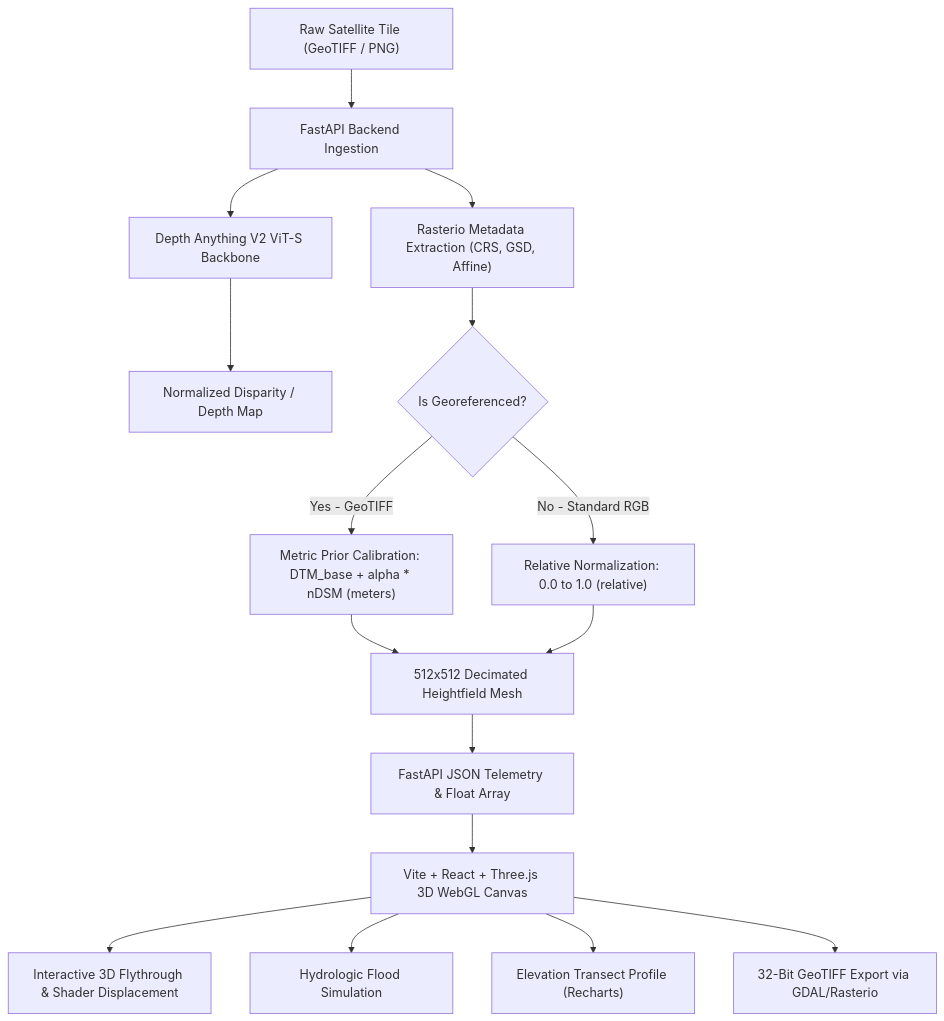
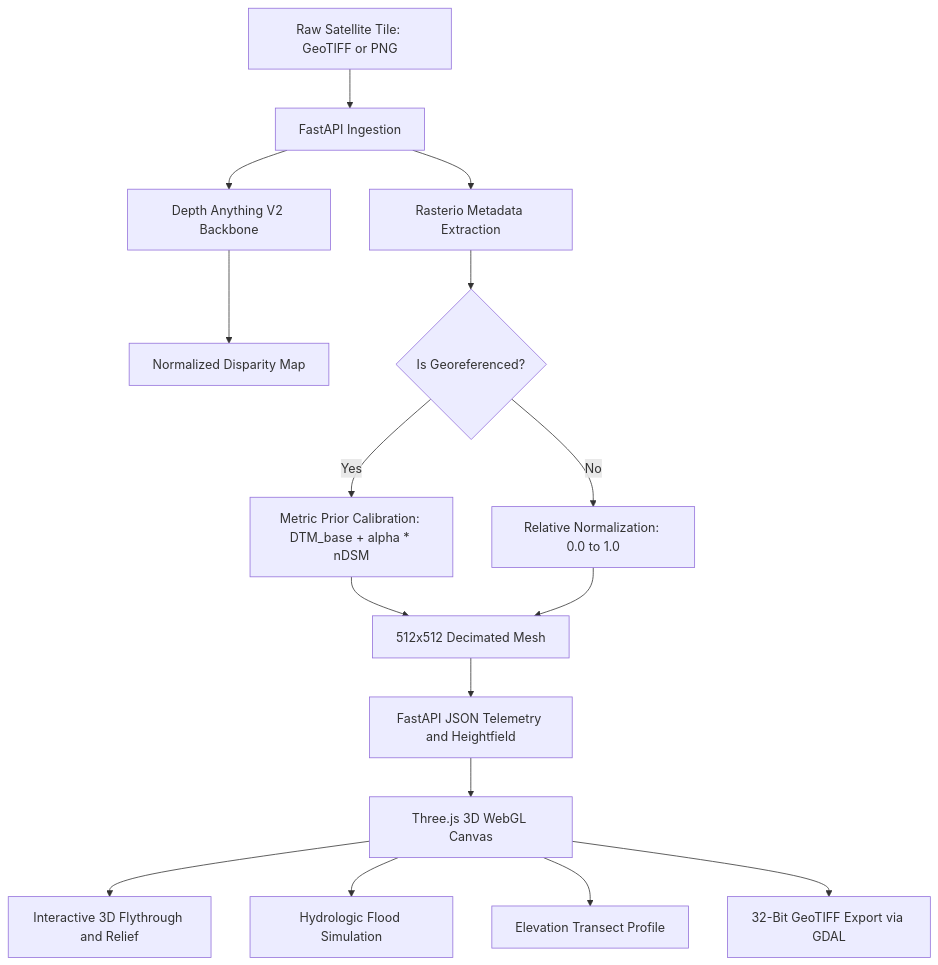
The diagram in README.md (rishabhahuja12/Depth-Wizard), drawn with Mermaid before and after one commit. The commit also changed other lines of this file and 2 other files, not shown here.

Commit message:
chore: add MIT LICENSE, de-index hackathon markers from README, and sanitize mermaid flowchart syntax

````diff
--- a/README.md
+++ b/README.md
@@ -31,18 +31,18 @@
 ```mermaid
 flowchart TD
-    A["Raw Satellite Tile (GeoTIFF / PNG)"] --> B["FastAPI Backend Ingestion"]
-    B --> C["Rasterio Metadata Extraction (CRS, GSD, Affine)"]
-    B --> D["Depth Anything V2 ViT-S Backbone"]
-    D --> E["Normalized Disparity / Depth Map"]
-    C --> F{"Is Georeferenced?"}
-    F -->|Yes - GeoTIFF| G["Metric Prior Calibration: DTM_base + alpha * nDSM (meters)"]
-    F -->|No - Standard RGB| H["Relative Normalization: 0.0 to 1.0 (relative)"]
-    G --> I["512x512 Decimated Heightfield Mesh"]
+    A["Raw Satellite Tile: GeoTIFF or PNG"] --> B["FastAPI Ingestion"]
+    B --> C["Rasterio Metadata Extraction"]
+    B --> D["Depth Anything V2 Backbone"]
+    D --> E["Normalized Disparity Map"]
+    C --> F{Is Georeferenced?}
+    F -->|Yes| G["Metric Prior Calibration: DTM_base + alpha * nDSM"]
+    F -->|No| H["Relative Normalization: 0.0 to 1.0"]
+    G --> I["512x512 Decimated Mesh"]
     H --> I
-    I --> J["FastAPI JSON Telemetry & Float Array"]
-    J --> K["Vite + React + Three.js 3D WebGL Canvas"]
-    K --> L["Interactive 3D Flythrough & Shader Displacement"]
+    I --> J["FastAPI JSON Telemetry and Heightfield"]
+    J --> K["Three.js 3D WebGL Canvas"]
+    K --> L["Interactive 3D Flythrough and Relief"]
     K --> M["Hydrologic Flood Simulation"]
-    K --> N["Elevation Transect Profile (Recharts)"]
-    K --> O["32-Bit GeoTIFF Export via GDAL/Rasterio"]
+    K --> N["Elevation Transect Profile"]
+    K --> O["32-Bit GeoTIFF Export via GDAL"]
 ```
````
